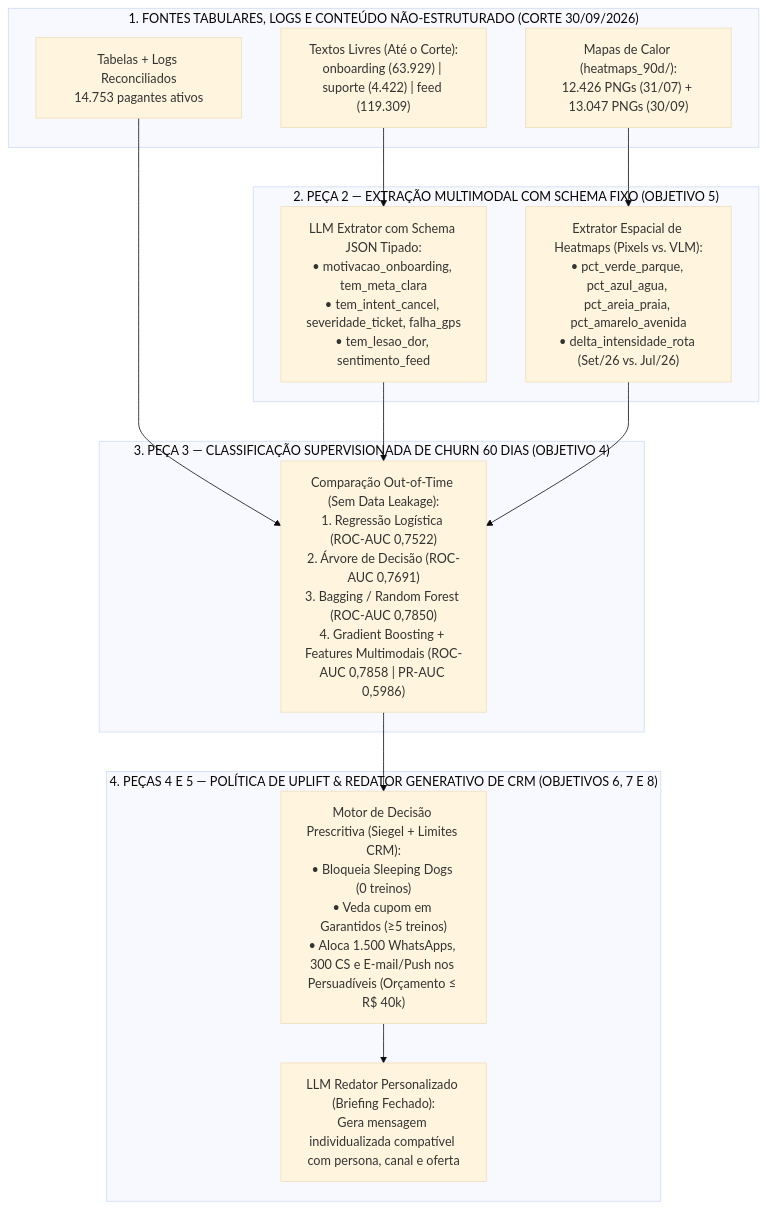
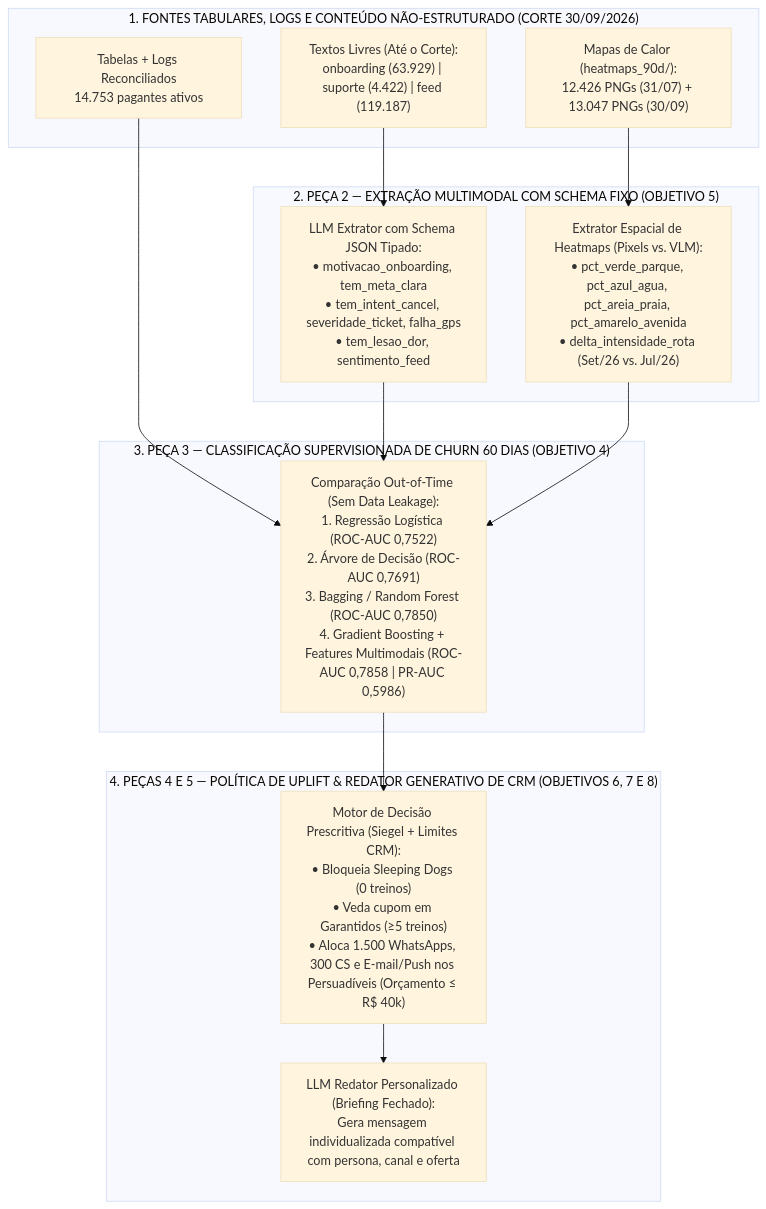
One commit to leomaquiaveli/02-mba-modulo-2 changed the diagram in artefatos_tecnologia/semana_10_A2/ARTEFATO_TECH_SEMANA10_A2.md. Above: the diagram before and after it, drawn with Mermaid (base theme). The commit also changed 2 other files, not shown here.

Commit message:
fix(artefatos): corrige numeros do A1 e do A2 conferidos no BigQuery
- receita e risco por cluster do A1 recalculados com os valores unitarios da tabela 1.1 (soma R$ 409.941)

- linha de total do A1: 6,6 treinos e 293,8 minutos

- H4: relogio e numero de amigos nao protegem; so treino acompanhado mostra sinal

- persona do Cluster 1: 8,46% tem relogio, nao sincroniza Garmin ou Apple Watch

- A2: Sleeping Dogs pagam R$ 24,0 mil/mes; ROI do Slide 5 = +786%; feed ate o corte = 119.187

````diff
--- a/artefatos_tecnologia/semana_10_A2/ARTEFATO_TECH_SEMANA10_A2.md
+++ b/artefatos_tecnologia/semana_10_A2/ARTEFATO_TECH_SEMANA10_A2.md
@@ -17,28 +17,28 @@
 ```mermaid
 flowchart TD
     subgraph Entrada ["1. FONTES TABULARES, LOGS E CONTEÚDO NÃO-ESTRUTURADO (CORTE 30/09/2026)"]
         Tab["Tabelas + Logs Reconciliados<br/>14.753 pagantes ativos"]
-        Txt["Textos Livres (Até o Corte):<br/>onboarding (63.929) | suporte (4.422) | feed (119.309)"]
+        Txt["Textos Livres (Até o Corte):<br/>onboarding (63.929) | suporte (4.422) | feed (119.187)"]
         Img["Mapas de Calor (heatmaps_90d/):<br/>12.426 PNGs (31/07) + 13.047 PNGs (30/09)"]
     end
 
     subgraph Peca2 ["2. PEÇA 2 — EXTRAÇÃO MULTIMODAL COM SCHEMA FIXO (OBJETIVO 5)"]
         LLM_Ext["LLM Extrator com Schema JSON Tipado:<br/>• motivacao_onboarding, tem_meta_clara<br/>• tem_intent_cancel, severidade_ticket, falha_gps<br/>• tem_lesao_dor, sentimento_feed"]
         Vis_Ext["Extrator Espacial de Heatmaps (Pixels vs. VLM):<br/>• pct_verde_parque, pct_azul_agua, pct_areia_praia, pct_amarelo_avenida<br/>• delta_intensidade_rota (Set/26 vs. Jul/26)"]
     end
 
     subgraph Peca3 ["3. PEÇA 3 — CLASSIFICAÇÃO SUPERVISIONADA DE CHURN 60 DIAS (OBJETIVO 4)"]
         Models["Comparação Out-of-Time (Sem Data Leakage):<br/>1. Regressão Logística (ROC-AUC 0,7522)<br/>2. Árvore de Decisão (ROC-AUC 0,7691)<br/>3. Bagging / Random Forest (ROC-AUC 0,7850)<br/>4. Gradient Boosting + Features Multimodais (ROC-AUC 0,7858 | PR-AUC 0,5986)"]
     end
 
     subgraph Peca4e5 ["4. PEÇAS 4 E 5 — POLÍTICA DE UPLIFT & REDATOR GENERATIVO DE CRM (OBJETIVOS 6, 7 E 8)"]
         Policy["Motor de Decisão Prescritiva (Siegel + Limites CRM):<br/>• Bloqueia Sleeping Dogs (0 treinos)<br/>• Veda cupom em Garantidos (≥5 treinos)<br/>• Aloca 1.500 WhatsApps, 300 CS e E-mail/Push nos Persuadíveis (Orçamento ≤ R$ 40k)"]
         Copy["LLM Redator Personalizado (Briefing Fechado):<br/>Gera mensagem individualizada compatível com persona, canal e oferta"]
         Policy --> Copy
     end
 
     Tab --> Models
     Txt --> LLM_Ext --> Models
     Img --> Vis_Ext --> Models
     Models --> Policy
 ```
````
